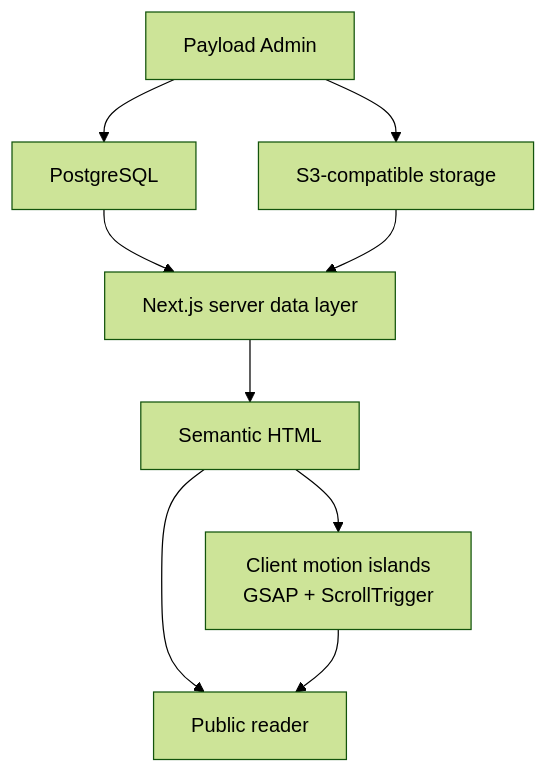
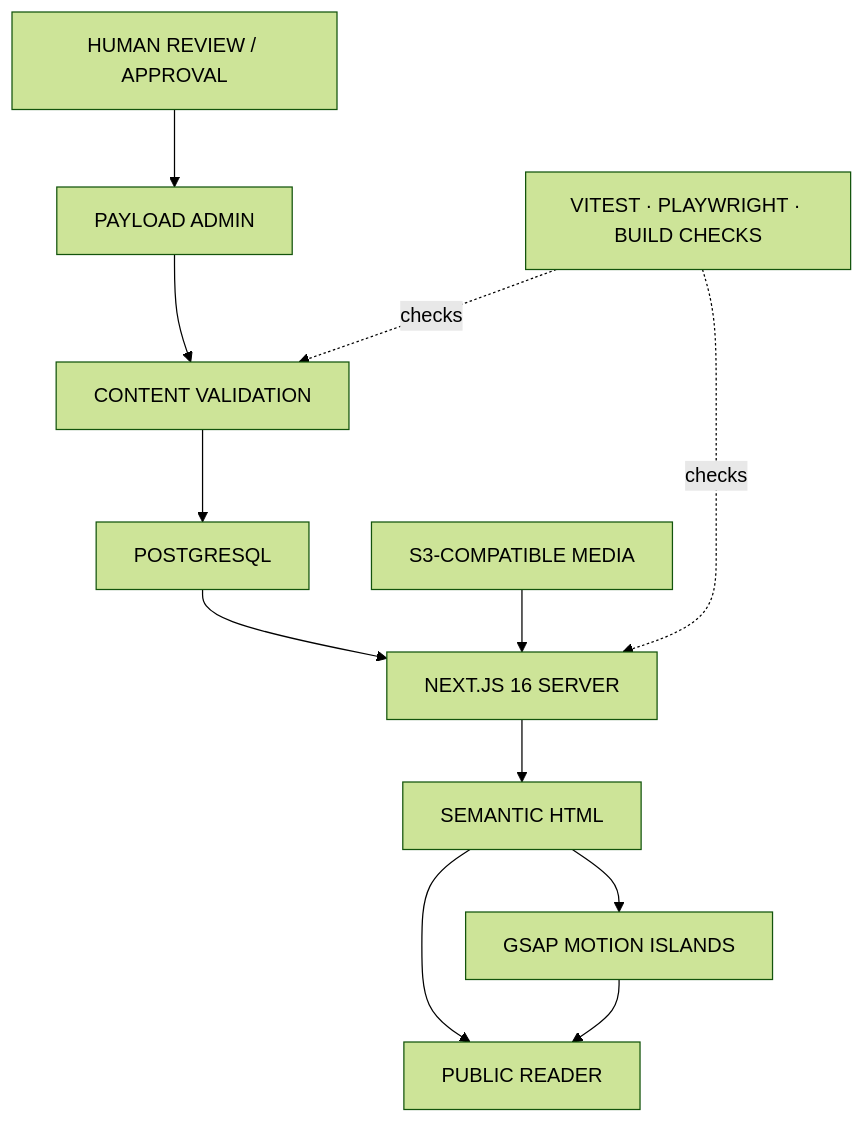
The second of 4 diagrams in README.md (drferdi/Kediri-Kings-Century), drawn with Mermaid (forest theme) before and after one commit. The commit also changed other lines of this file, not shown here.

```diff
--- a/README.md
+++ b/README.md
@@ -195,19 +287,25 @@
 ~~~mermaid
 flowchart TB
-  CMS["Payload Admin"]
-  DB["PostgreSQL"]
-  STORAGE["S3-compatible storage"]
-  SERVER["Next.js server data layer"]
-  HTML["Semantic HTML"]
-  MOTION["Client motion islands<br/>GSAP + ScrollTrigger"]
-  PUBLIC["Public reader"]
+  REVIEWER["HUMAN REVIEW / APPROVAL"]
+  ADMIN["PAYLOAD ADMIN"]
+  VALIDATE["CONTENT VALIDATION"]
+  DB["POSTGRESQL"]
+  S3["S3-COMPATIBLE MEDIA"]
+  NEXT["NEXT.JS 16 SERVER"]
+  HTML["SEMANTIC HTML"]
+  MOTION["GSAP MOTION ISLANDS"]
+  READER["PUBLIC READER"]
+  VERIFY["VITEST · PLAYWRIGHT · BUILD CHECKS"]
 
-  CMS --> DB
-  CMS --> STORAGE
-  DB --> SERVER
-  STORAGE --> SERVER
-  SERVER --> HTML
+  REVIEWER --> ADMIN
+  ADMIN --> VALIDATE
+  VALIDATE --> DB
+  DB --> NEXT
+  S3 --> NEXT
+  NEXT --> HTML
+  HTML --> READER
   HTML --> MOTION
-  HTML --> PUBLIC
-  MOTION --> PUBLIC
+  MOTION --> READER
+  VERIFY -. checks .-> VALIDATE
+  VERIFY -. checks .-> NEXT
 ~~~
```
